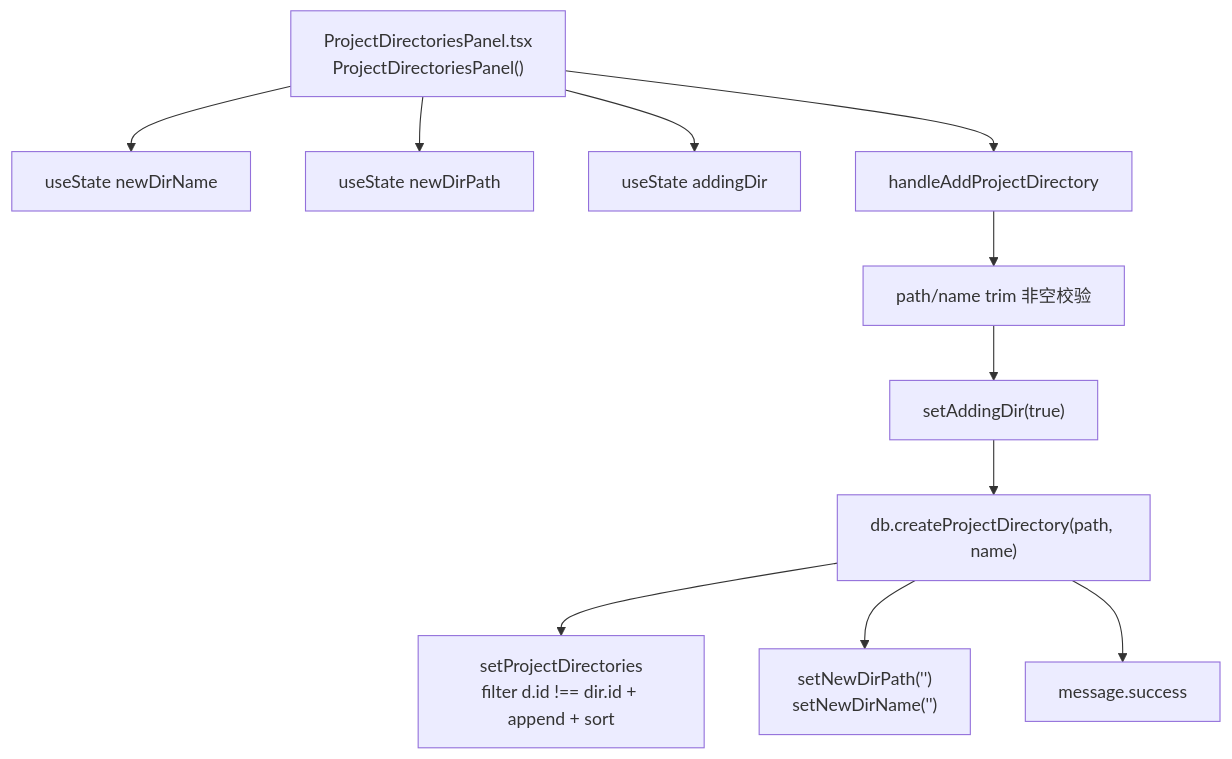
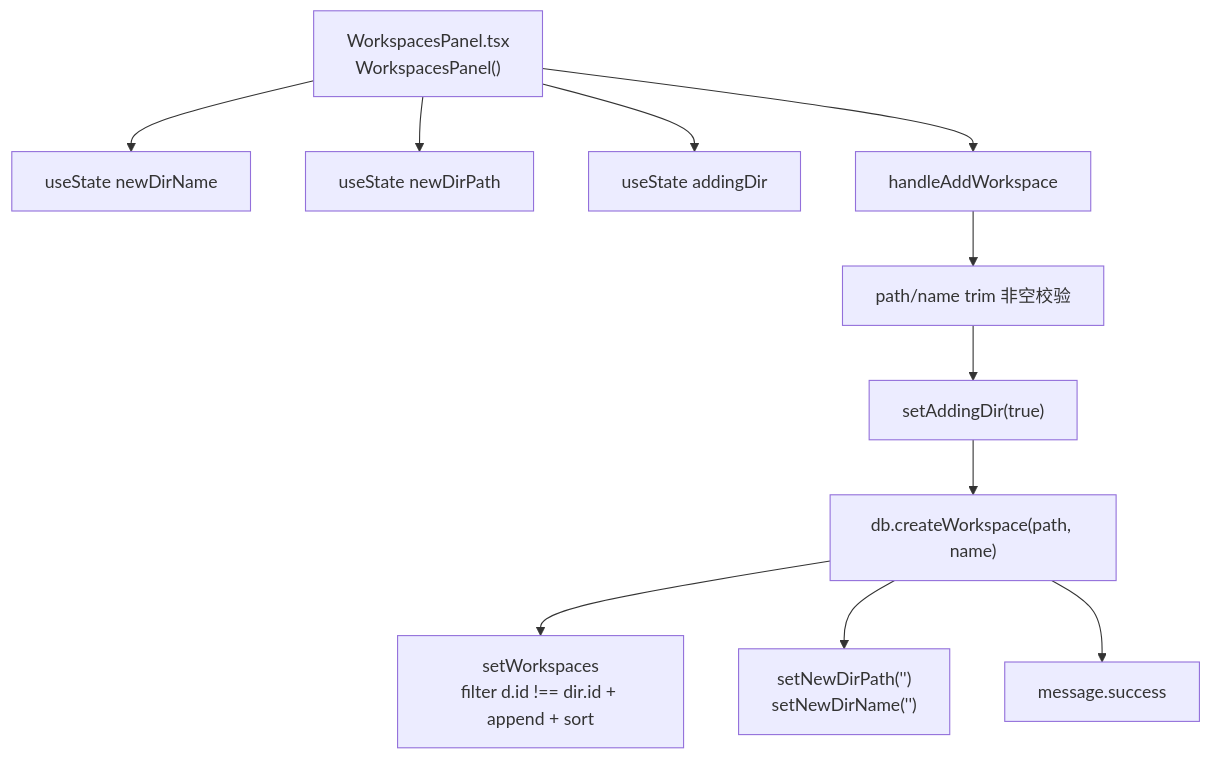
Before and after one commit to weibaohui/ntd: the second of 4 diagrams in frontend/src/help/pages/ws-add.md, drawn with Mermaid. The commit also changed other lines of this file and 119 other files, not shown here.

````diff
--- a/frontend/src/help/pages/ws-add.md
+++ b/frontend/src/help/pages/ws-add.md
@@ -20,13 +20,13 @@
 ```mermaid
 flowchart TD
-  Panel["ProjectDirectoriesPanel.tsx<br>ProjectDirectoriesPanel()"] --> newDirNameState["useState newDirName"]
+  Panel["WorkspacesPanel.tsx<br>WorkspacesPanel()"] --> newDirNameState["useState newDirName"]
   Panel --> newDirPathState["useState newDirPath"]
   Panel --> addingDirState["useState addingDir"]
-  Panel --> handleAddProjectDirectory["handleAddProjectDirectory"]
-  handleAddProjectDirectory --> trimCheck["path/name trim 非空校验"]
+  Panel --> handleAddWorkspace["handleAddWorkspace"]
+  handleAddWorkspace --> trimCheck["path/name trim 非空校验"]
   trimCheck --> setAddingDir["setAddingDir(true)"]
-  setAddingDir --> db1["db.createProjectDirectory(path, name)"]
-  db1 --> setProjectDirectories["setProjectDirectories<br>filter d.id !== dir.id + append + sort"]
+  setAddingDir --> db1["db.createWorkspace(path, name)"]
+  db1 --> setWorkspaces["setWorkspaces<br>filter d.id !== dir.id + append + sort"]
   db1 --> resetInputs["setNewDirPath('')<br>setNewDirName('')"]
   db1 --> messageSuccess["message.success"]
 ```
````
